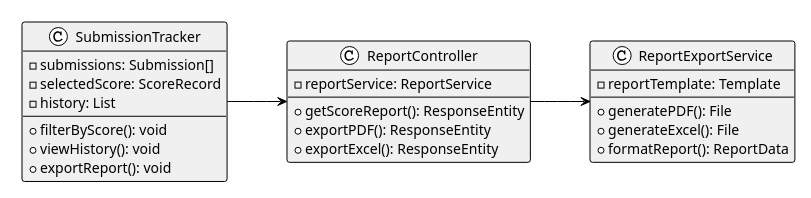
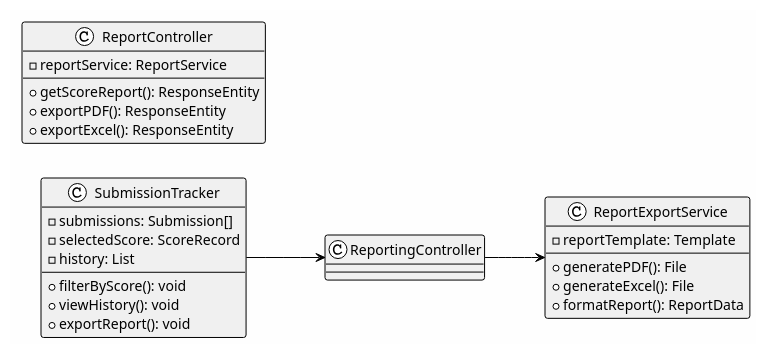
Before and after one commit to lawas-tess/SPMP-Evaluator: the seventh of 8 diagrams in Capstone Files/Module4.md, drawn with PlantUML. The commit also changed other lines of this file and 8 other files, not shown here.

Commit message:
Add AI integration architecture docs, PlantUML diagrams, and presentation script; Update modules with hybrid AI approach; Switch to Amazon Nova model with timeout protection

````diff
--- a/Capstone Files/Module4.md
+++ b/Capstone Files/Module4.md
@@ -736,37 +718,37 @@
 ```plantuml
 @startuml ViewScores_ClassDiagram
 !theme plain
 left to right direction
 skinparam backgroundColor #FEFEFE
 skinparam classBackgroundColor #F0F0F0
 
 class SubmissionTracker {
   - submissions: Submission[]
   - selectedScore: ScoreRecord
   - history: List
   --
   + filterByScore(): void
   + viewHistory(): void
   + exportReport(): void
 }
 
 class ReportController {
   - reportService: ReportService
   --
   + getScoreReport(): ResponseEntity
   + exportPDF(): ResponseEntity
   + exportExcel(): ResponseEntity
 }
 
 class ReportExportService {
   - reportTemplate: Template
   --
   + generatePDF(): File
   + generateExcel(): File
   + formatReport(): ReportData
 }
 
-SubmissionTracker --> ReportController
-ReportController --> ReportExportService
+SubmissionTracker --> ReportingController
+ReportingController --> ReportExportService
 @enduml
 ```
````
